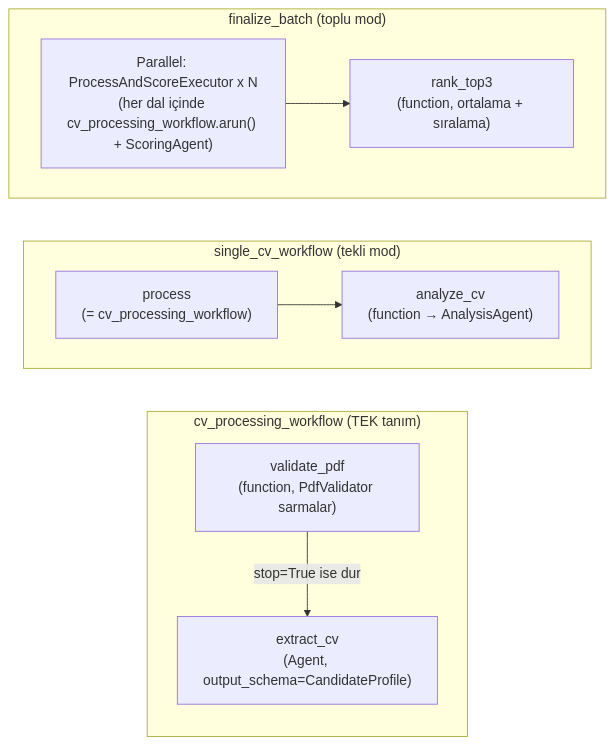
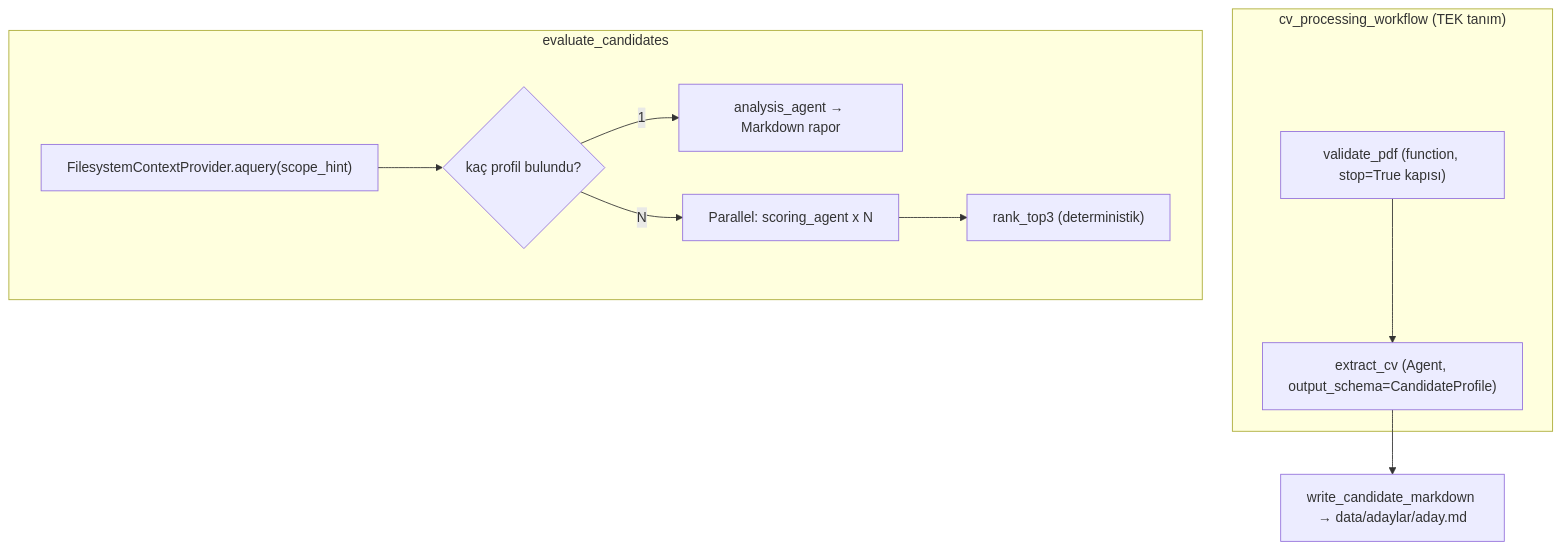
One commit to Wijt/hr-ai-agent-telegram changed the third of 3 diagrams in ARCHITECTURE.md. Above: the diagram before and after it, drawn with Mermaid. The commit also changed other lines of this file and 1 other file, not shown here.

Commit message:
docs: redesign around file-based candidate knowledge base (submit_cv writer + evaluate_candidates reader), drop state machine

````diff
--- a/ARCHITECTURE.md
+++ b/ARCHITECTURE.md
@@ -137,14 +116,13 @@
 ```mermaid
-flowchart LR
+flowchart TB
     subgraph cv_processing_workflow["cv_processing_workflow (TEK tanım)"]
-        V["validate_pdf<br/>(function, PdfValidator sarmalar)"] -->|stop=True ise dur| E["extract_cv<br/>(Agent, output_schema=CandidateProfile)"]
+        V["validate_pdf (function, stop=True kapısı)"] --> E["extract_cv (Agent, output_schema=CandidateProfile)"]
     end
-    subgraph single["single_cv_workflow (tekli mod)"]
-        direction LR
-        P1["process<br/>(= cv_processing_workflow)"] --> AN["analyze_cv<br/>(function → AnalysisAgent)"]
-    end
-    subgraph batch["finalize_batch (toplu mod)"]
-        direction LR
-        PAR["Parallel: ProcessAndScoreExecutor x N<br/>(her dal içinde cv_processing_workflow.arun() + ScoringAgent)"] --> R["rank_top3<br/>(function, ortalama + sıralama)"]
+    E --> W["write_candidate_markdown → data/adaylar/aday.md"]
+
+    subgraph evaluate["evaluate_candidates"]
+        Q["FilesystemContextProvider.aquery(scope_hint)"] --> D{"kaç profil bulundu?"}
+        D -->|1| SA["analysis_agent → Markdown rapor"]
+        D -->|N| SP["Parallel: scoring_agent x N"] --> RK["rank_top3 (deterministik)"]
     end
 ```
````
